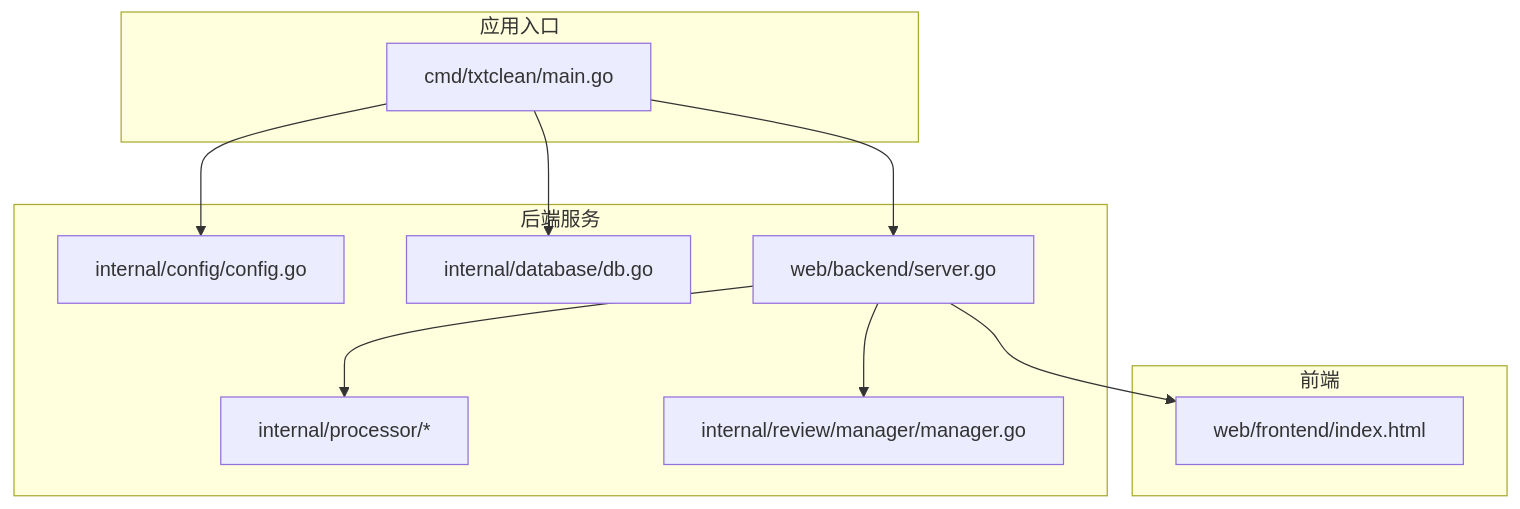
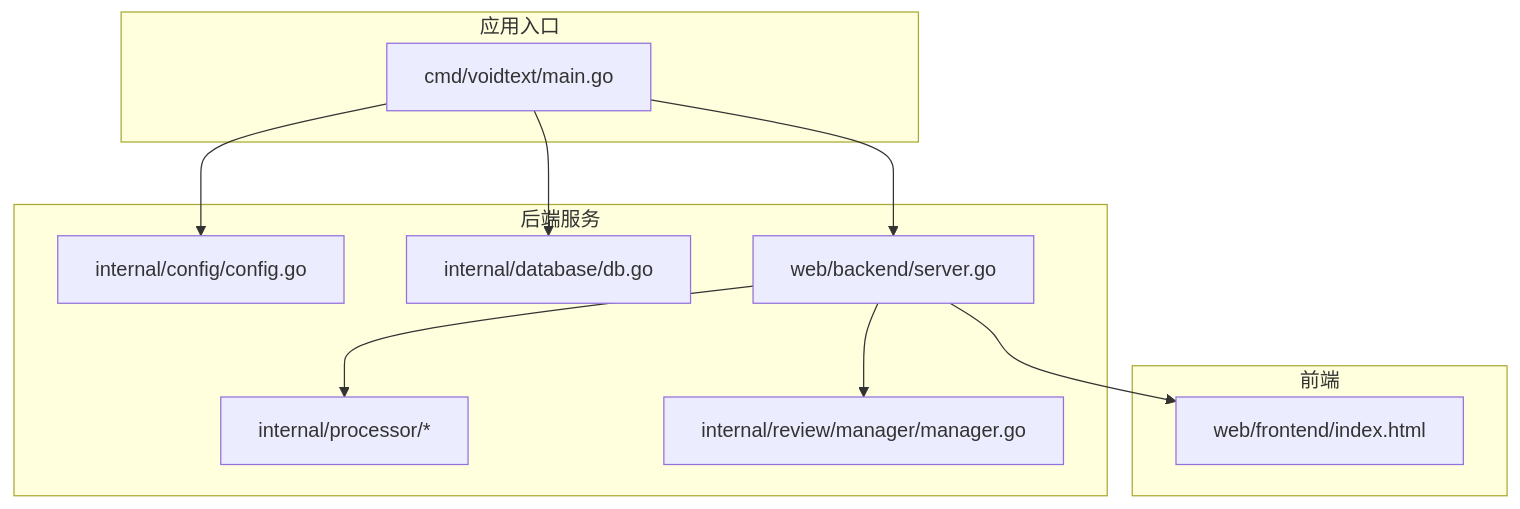
One commit to handy-h/VoidText changed the first of 8 diagrams in repowikis/项目概述/项目概述.md. Above: the diagram before and after it, drawn with Mermaid. The commit also changed other lines of this file and 101 other files, not shown here.

````diff
--- a/repowikis/项目概述/项目概述.md
+++ b/repowikis/项目概述/项目概述.md
@@ -55,22 +55,22 @@
 ```mermaid
 graph TB
 subgraph "应用入口"
-CMD["cmd/txtclean/main.go"]
+CMD["cmd/voidtext/main.go"]
 end
 subgraph "后端服务"
 CFG["internal/config/config.go"]
 DB["internal/database/db.go"]
 SRV["web/backend/server.go"]
 PROC["internal/processor/*"]
 REV["internal/review/manager/manager.go"]
 end
 subgraph "前端"
 FE["web/frontend/index.html"]
 end
 CMD --> CFG
 CMD --> DB
 CMD --> SRV
 SRV --> PROC
 SRV --> REV
 SRV --> FE
 ```
````
